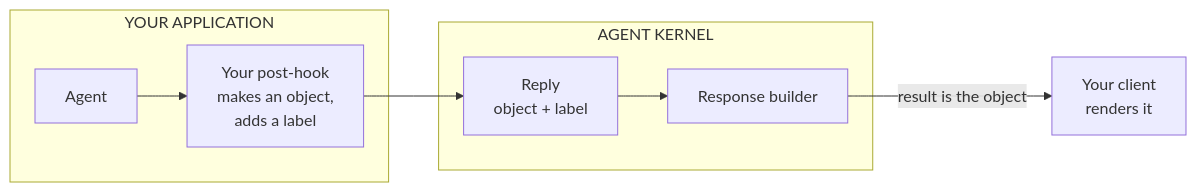
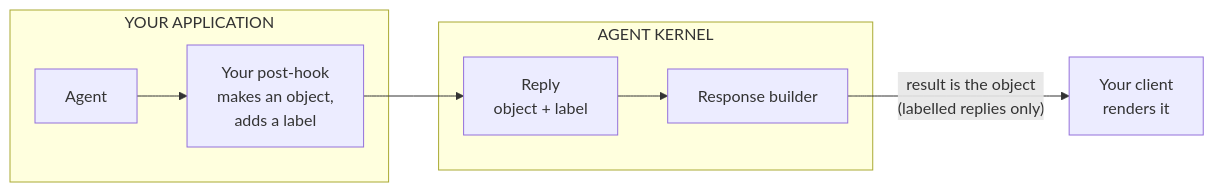
One commit to yaalalabs/agent-kernel changed the diagram in docs/specs/706-a2ui-support/design.md. Above: the diagram before and after it, drawn with Mermaid. The commit also changed other lines of this file and 2 other files, not shown here.

````diff
--- a/docs/specs/706-a2ui-support/design.md
+++ b/docs/specs/706-a2ui-support/design.md
@@ -180,11 +199,11 @@
 ```mermaid
 graph LR
     subgraph APP["YOUR APPLICATION"]
         A["Agent"] --> H["Your post-hook<br/>makes an object,<br/>adds a label"]
     end
     subgraph AK["AGENT KERNEL"]
         R["Reply<br/>object + label"] --> S["Response builder"]
     end
     H --> R
-    S -->|"result is the object"| C["Your client<br/>renders it"]
+    S -->|"result is the object<br/>(labelled replies only)"| C["Your client<br/>renders it"]
 ```
````
